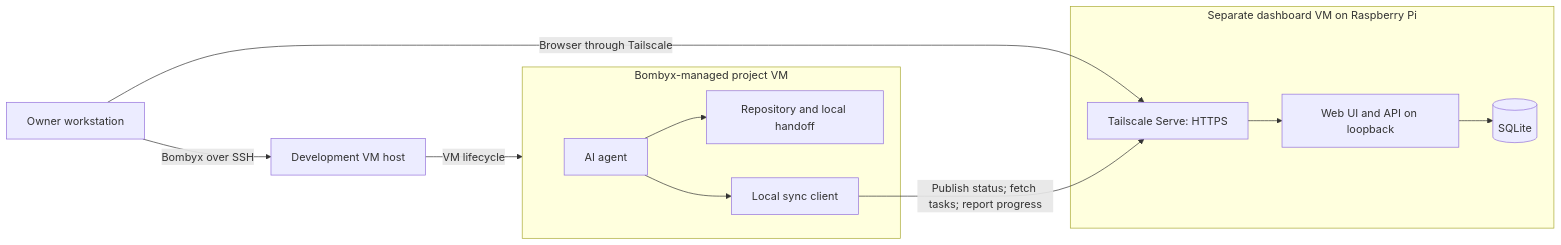
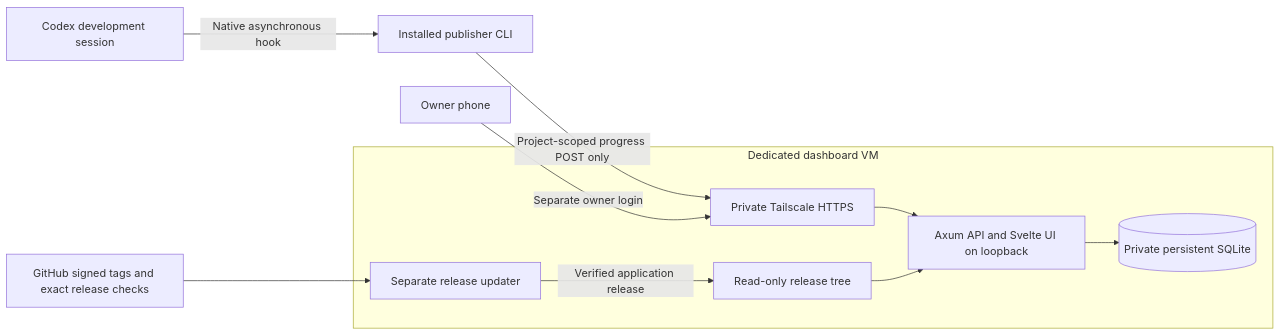
One commit to breki/silkboard changed the diagram in docs/architecture.md. Above: the diagram before and after it, drawn with Mermaid. The commit also changed other lines of this file and 17 other files, not shown here.

Commit message:
feat: prepare private application data and recovery

````diff
--- a/docs/architecture.md
+++ b/docs/architecture.md
@@ -25,22 +24,13 @@
 ```mermaid
 flowchart LR
-    O[Owner workstation]
-    H[Development VM host]
-    subgraph G[Bombyx-managed project VM]
-        A[AI agent]
-        R[Repository and local handoff]
-        S[Local sync client]
-        A --> R
-        A --> S
+    A[Codex development session] -->|Native asynchronous hook| P[Installed publisher CLI]
+    P -->|Project-scoped progress POST only| T[Private Tailscale HTTPS]
+    O[Owner phone] -->|Separate owner login| T
+    subgraph D[Dedicated dashboard VM]
+        T --> API[Axum API and Svelte UI on loopback]
+        API --> DB[(Private persistent SQLite)]
+        U[Separate release updater] -->|Verified application release| R[Read-only release tree]
+        R --> API
     end
-    subgraph D[Separate dashboard VM on Raspberry Pi]
-        T[Tailscale Serve: HTTPS]
-        API[Web UI and API on loopback]
-        DB[(SQLite)]
-        T --> API --> DB
-    end
-    O -->|Bombyx over SSH| H
-    H -->|VM lifecycle| G
-    O -->|Browser through Tailscale| T
-    S -->|Publish status; fetch tasks; report progress| T
+    G[GitHub signed tags and exact release checks] --> U
 ```
````
